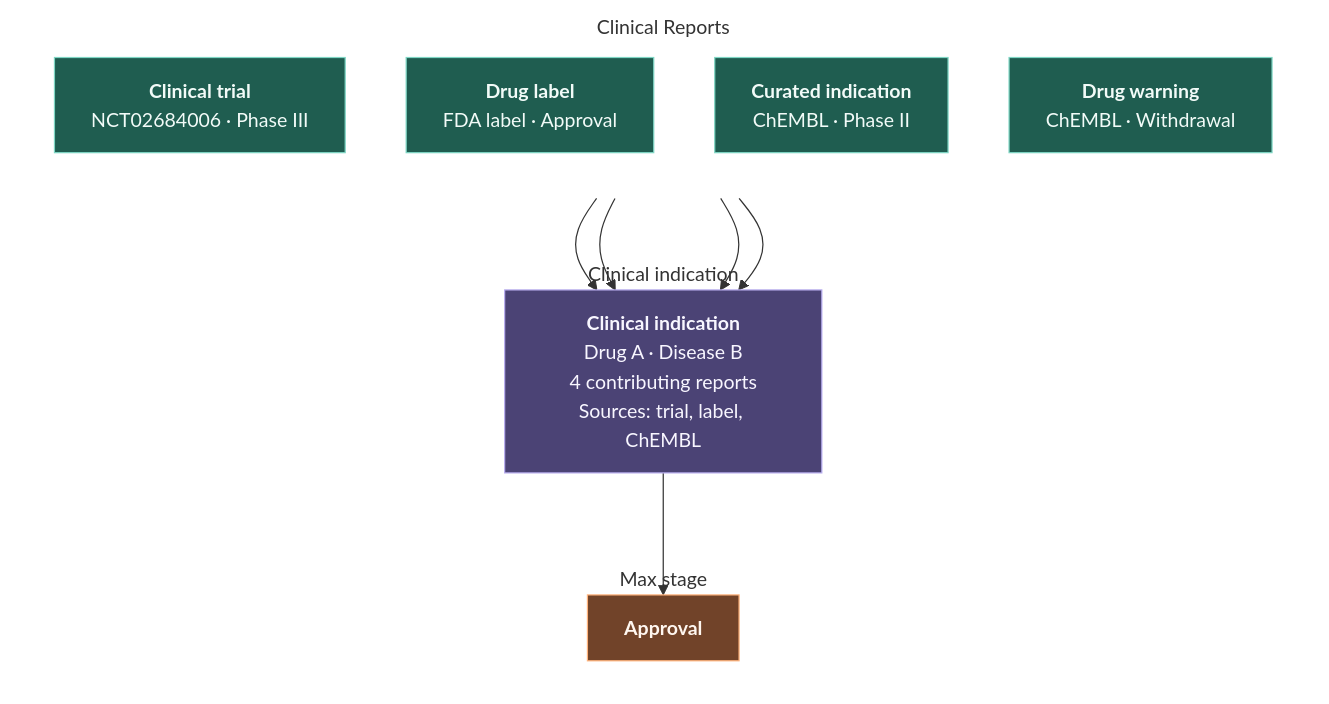
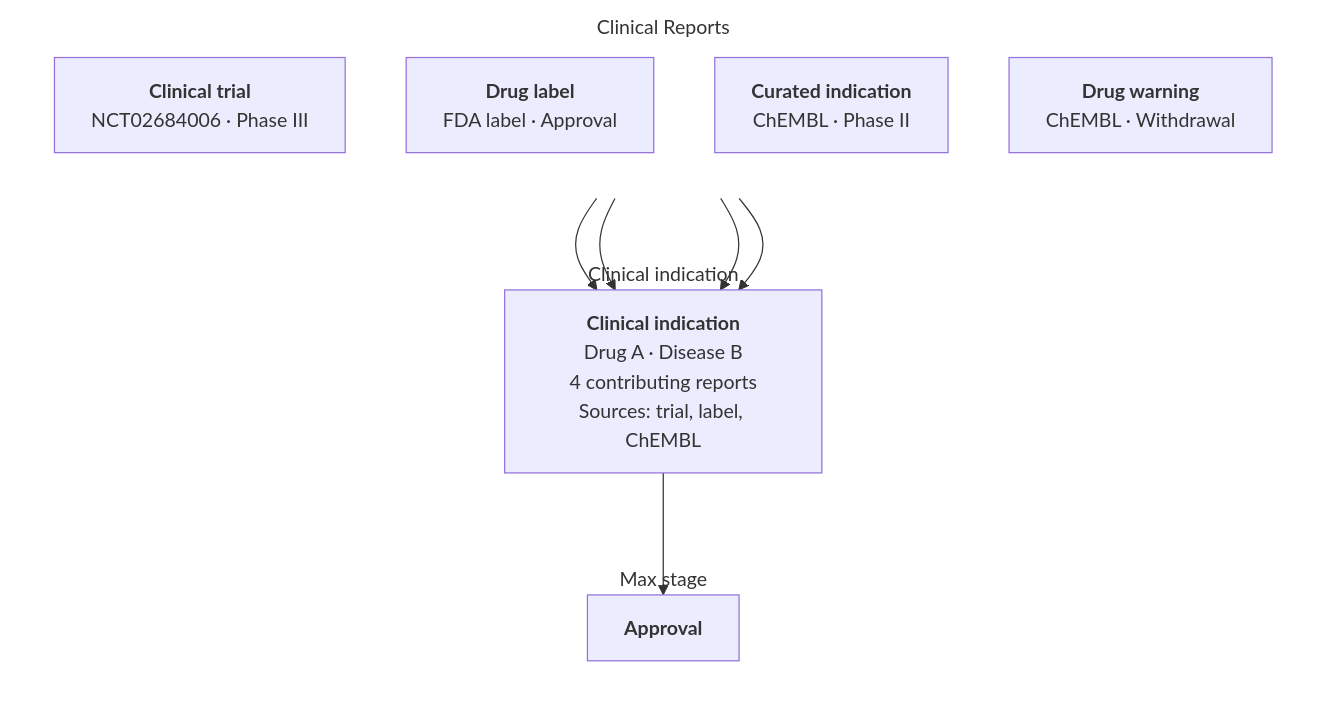
Before and after one commit to opentargets/mira: the diagram in docs/clinical-indication.md, drawn with Mermaid. The commit also changed 8 other files, not shown here.

````diff
--- a/docs/clinical-indication.md
+++ b/docs/clinical-indication.md
@@ -13,43 +13,37 @@
 ```mermaid
 flowchart TD
     CT["<b>Clinical trial</b> <br>NCT02684006 · Phase III</br>"]
     DL["<b>Drug label</b> <br>FDA label · Approval</br>"]
     CI["<b>Curated indication</b><br>ChEMBL · Phase II</br>"]
     DW["<b>Drug warning</b><br>ChEMBL · Withdrawal</br>"]
 
     CLIN["<b>Clinical indication</b><br>Drug A · Disease B</br>4 contributing reports</br>Sources: trial, label, ChEMBL"]
 
     APP["<b>Approval</b>"]
 
     CT --> CLIN
     DL --> CLIN
     CI --> CLIN
     DW --> CLIN
     CLIN --> APP
 
     subgraph reports["Clinical Reports"]
         direction TB
         CT
         DL
         CI
         DW
     end
 
     subgraph indication["Clinical indication"]
         CLIN
     end
 
     subgraph maxstage["Max stage"]
         APP
     end
 
-    style CT fill:#1f5d50,stroke:#7ed6c4,color:#f2fbf8
-    style DL fill:#1f5d50,stroke:#7ed6c4,color:#f2fbf8
-    style CI fill:#1f5d50,stroke:#7ed6c4,color:#f2fbf8
-    style DW fill:#1f5d50,stroke:#7ed6c4,color:#f2fbf8
-    style CLIN fill:#4b4375,stroke:#b9aeef,color:#f8f6ff
-    style APP fill:#714329,stroke:#ffb37c,color:#fff7f0
     style reports fill: transparent, stroke: transparent
     style indication fill: transparent, stroke: transparent
     style maxstage fill: transparent, stroke: transparent
 ```
````
